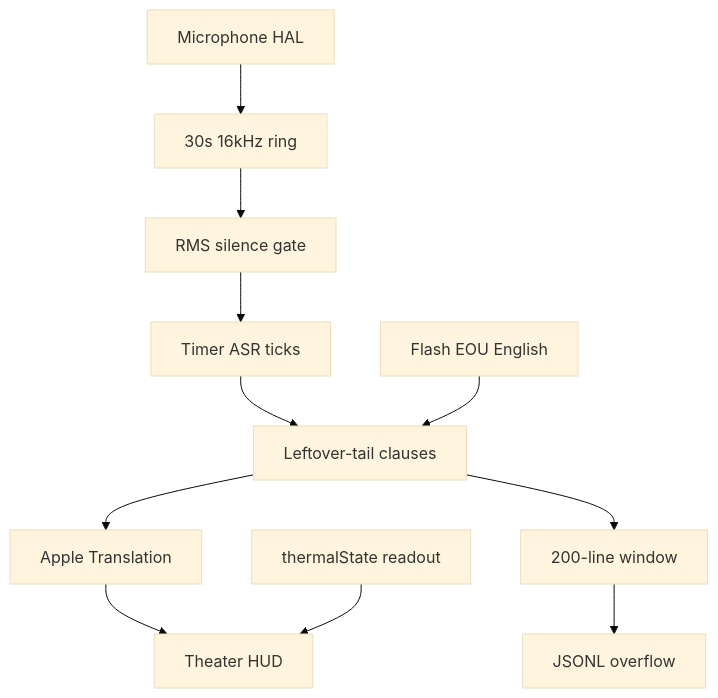
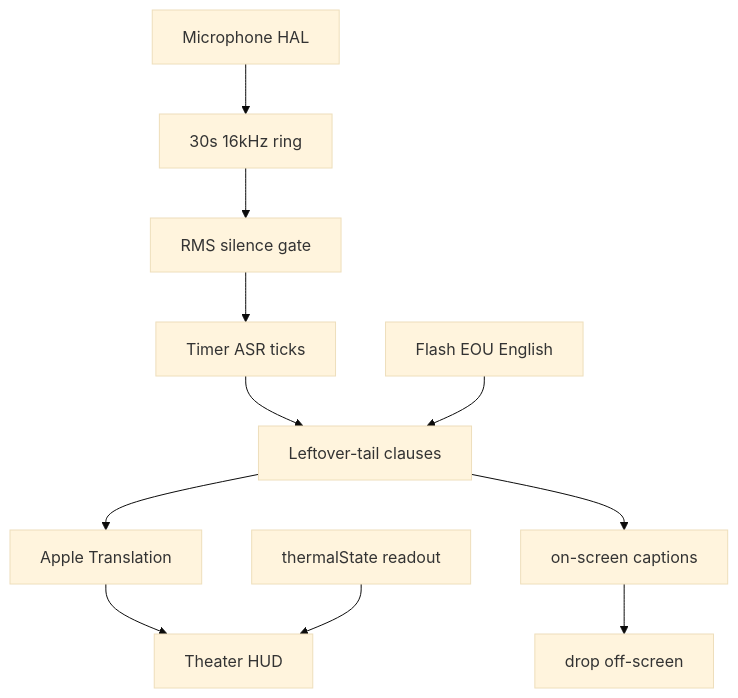
The diagram in docs/APPLE_SILICON_STREAMING.md (chrisswimlee/fluidSubtitles), drawn with Mermaid (base theme) before and after one commit. The commit also changed other lines of this file and 105 other files, not shown here.

````diff
--- a/docs/APPLE_SILICON_STREAMING.md
+++ b/docs/APPLE_SILICON_STREAMING.md
@@ -9,13 +9,13 @@
 ```mermaid
 flowchart TD
   mic[Microphone HAL] --> ring[30s 16kHz ring]
   ring --> rms[RMS silence gate]
   rms --> asr[Timer ASR ticks]
   asr --> clause[Leftover-tail clauses]
   eou[Flash EOU English] --> clause
   clause --> mt[Apple Translation]
   mt --> hud[Theater HUD]
   thermal[thermalState readout] --> hud
-  clause --> window[200-line window]
-  window --> archive[JSONL overflow]
+  clause --> window[on-screen captions]
+  window --> drop[drop off-screen]
 ```
````
